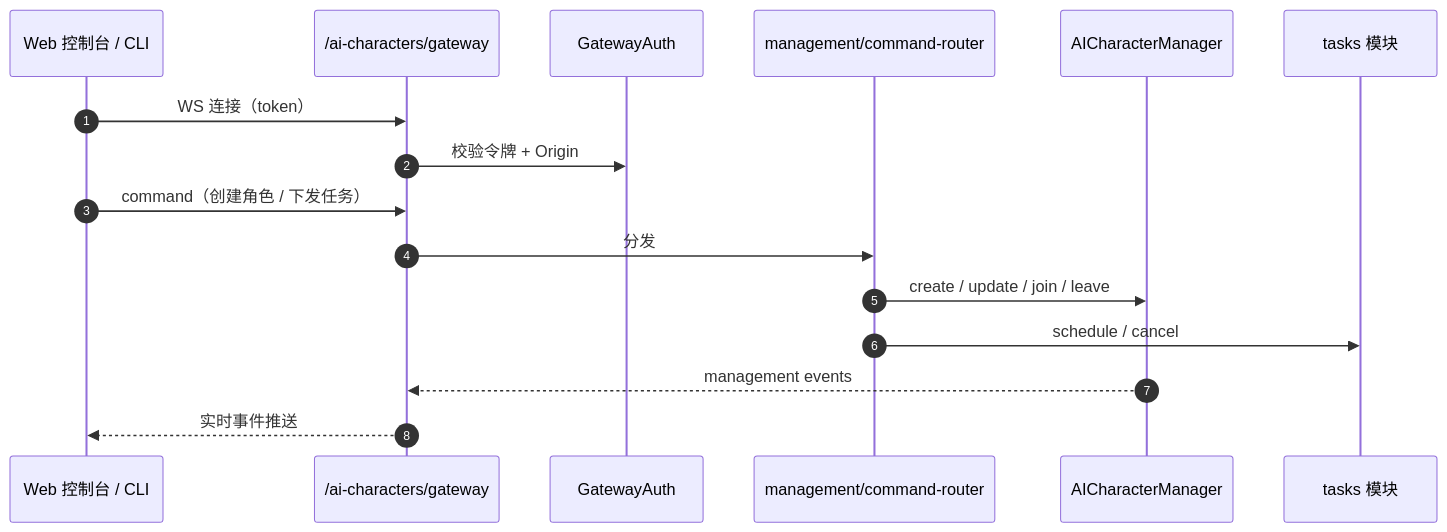
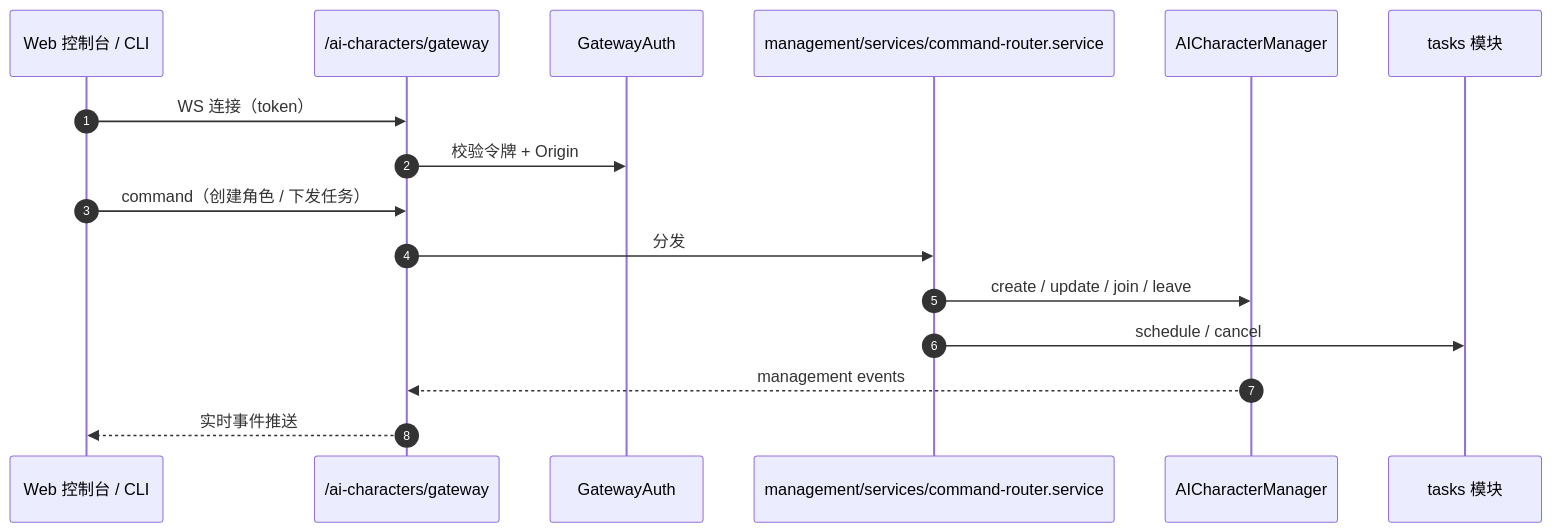
One commit to lulabs-org/embocraft changed diagram 13 of 14 in docs/guide/architecture-diagrams.md. Above: the diagram before and after it, drawn with Mermaid. The commit also changed other lines of this file and 11 other files, not shown here.

Commit message:
refactor(server): align management module services and naming

````diff
--- a/docs/guide/architecture-diagrams.md
+++ b/docs/guide/architecture-diagrams.md
@@ -429,19 +429,19 @@
 ```mermaid
 sequenceDiagram
     autonumber
     participant Console as Web 控制台 / CLI
     participant GW as /ai-characters/gateway
     participant Auth as GatewayAuth
-    participant Router as management/command-router
+    participant Router as management/services/command-router.service
     participant ACM as AICharacterManager
     participant Tasks as tasks 模块
 
     Console->>GW: WS 连接（token）
     GW->>Auth: 校验令牌 + Origin
     Console->>GW: command（创建角色 / 下发任务）
     GW->>Router: 分发
     Router->>ACM: create / update / join / leave
     Router->>Tasks: schedule / cancel
     ACM-->>GW: management events
     GW-->>Console: 实时事件推送
 ```
````
